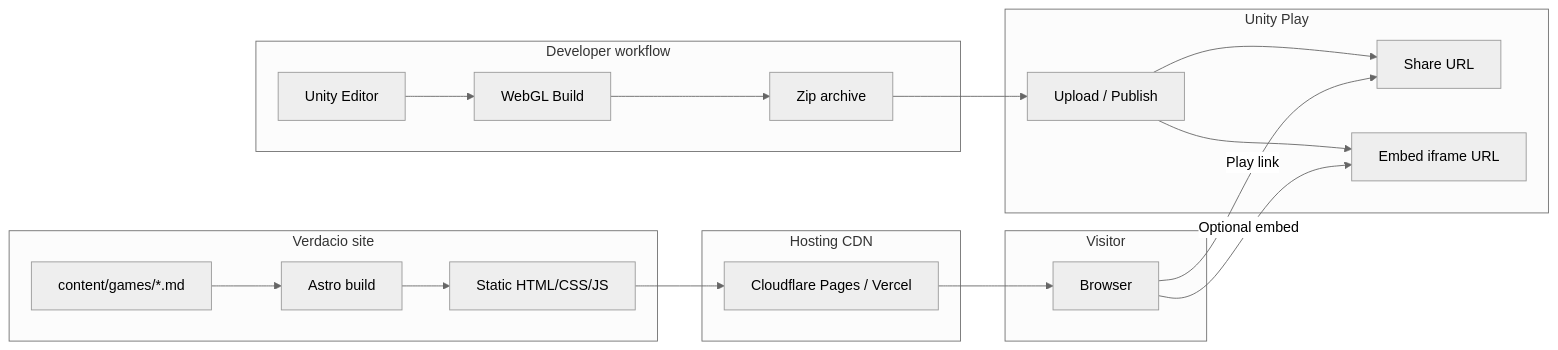
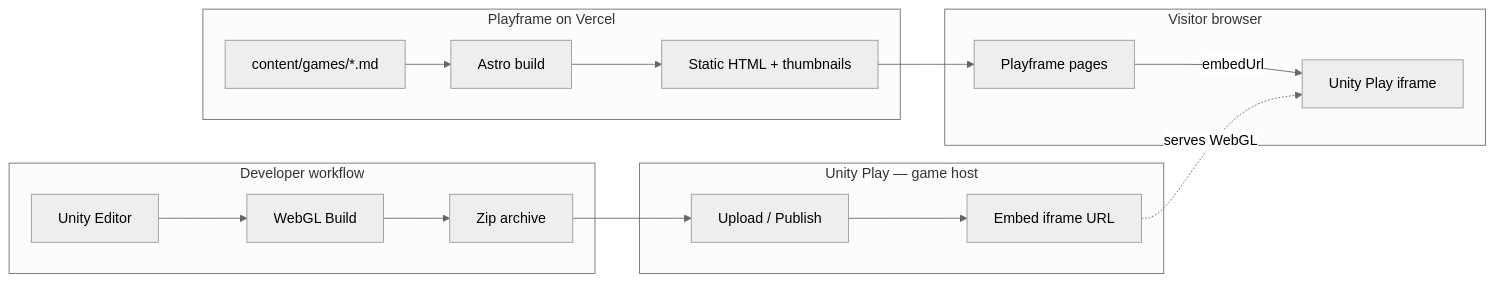
Before and after one commit to mattiasolssondev/PortfolioWebsite: the diagram in docs/architecture/overview.md, drawn with Mermaid (neutral theme). The commit also changed other lines of this file and 15 other files, not shown here.

First line of the commit message:
docs: rename to Playframe, confirm Vercel + Unity Play embed

````diff
--- a/docs/architecture/overview.md
+++ b/docs/architecture/overview.md
@@ -9,37 +9,31 @@
 ```mermaid
 flowchart LR
     subgraph dev [Developer workflow]
         Unity[Unity Editor]
         Build[WebGL Build]
         Zip[Zip archive]
         Unity --> Build --> Zip
     end
 
-    subgraph unityPlay [Unity Play]
+    subgraph unityPlay [Unity Play — game host]
         Upload[Upload / Publish]
-        GameURL[Share URL]
         EmbedURL[Embed iframe URL]
         Zip --> Upload
-        Upload --> GameURL
         Upload --> EmbedURL
     end
 
-    subgraph verdacio [Verdacio site]
+    subgraph playframe [Playframe on Vercel]
         Content[content/games/*.md]
         Astro[Astro build]
-        Static[Static HTML/CSS/JS]
+        Static[Static HTML + thumbnails]
         Content --> Astro --> Static
     end
 
-    subgraph hosting [Hosting CDN]
-        CDN[Cloudflare Pages / Vercel]
-        Static --> CDN
-    end
-
-    subgraph visitor [Visitor]
-        Browser[Browser]
-        CDN --> Browser
-        Browser -->|Play link| GameURL
-        Browser -->|Optional embed| EmbedURL
+    subgraph visitor [Visitor browser]
+        Browser[Playframe pages]
+        Iframe[Unity Play iframe]
+        Static --> Browser
+        Browser -->|embedUrl| Iframe
+        EmbedURL -.->|serves WebGL| Iframe
     end
 ```
````
